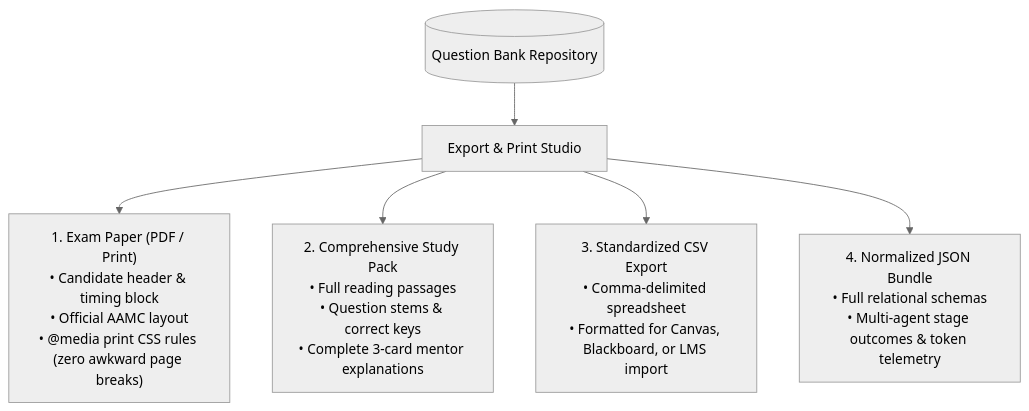
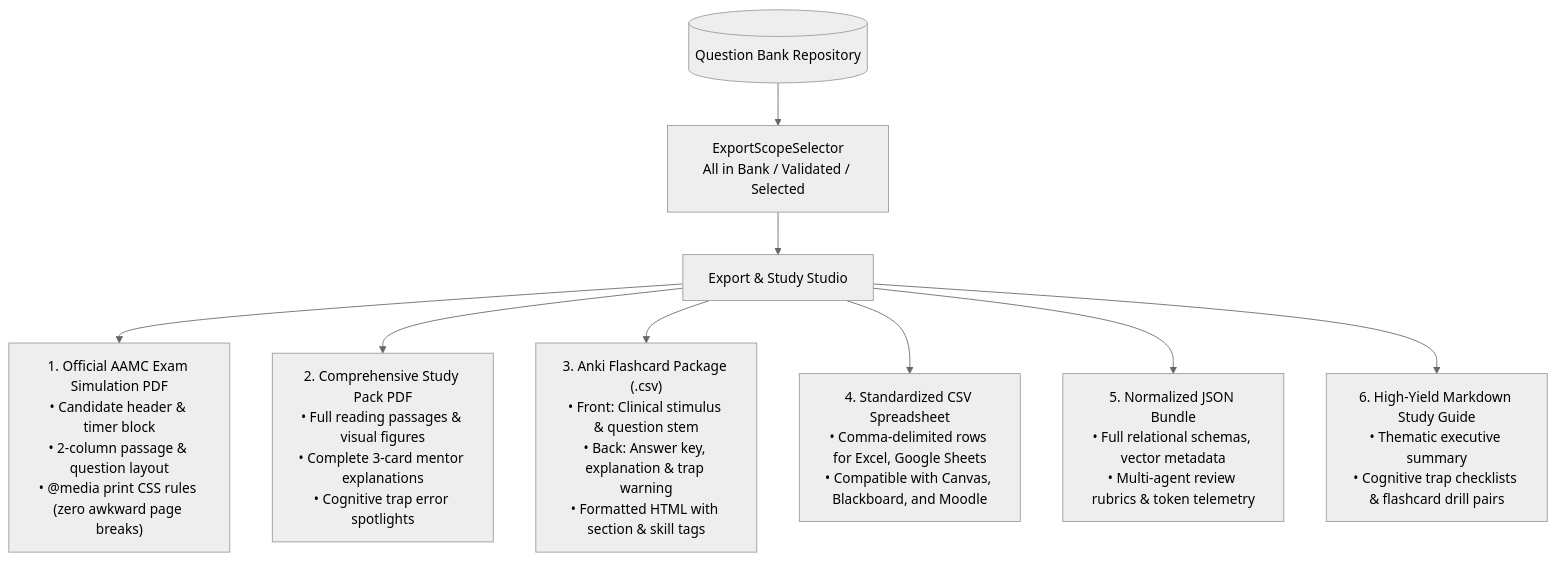
Before and after one commit to VishwamPatel-Infynno/Question-Bank-Generator: the sixth of 6 diagrams in docs/CLIENT_SYSTEM_AND_WORKFLOW_GUIDE.md, drawn with Mermaid (neutral theme). The commit also changed other lines of this file and 23 other files, not shown here.

````diff
--- a/docs/CLIENT_SYSTEM_AND_WORKFLOW_GUIDE.md
+++ b/docs/CLIENT_SYSTEM_AND_WORKFLOW_GUIDE.md
@@ -351,8 +395,11 @@
 ```mermaid
 graph TD
-    Repo[(Question Bank Repository)] --> ExportModal[Export & Print Studio]
-    ExportModal --> F1["1. Exam Paper (PDF / Print)<br/>• Candidate header & timing block<br/>• Official AAMC layout<br/>• @media print CSS rules (zero awkward page breaks)"]
-    ExportModal --> F2["2. Comprehensive Study Pack<br/>• Full reading passages<br/>• Question stems & correct keys<br/>• Complete 3-card mentor explanations"]
-    ExportModal --> F3["3. Standardized CSV Export<br/>• Comma-delimited spreadsheet<br/>• Formatted for Canvas, Blackboard, or LMS import"]
-    ExportModal --> F4["4. Normalized JSON Bundle<br/>• Full relational schemas<br/>• Multi-agent stage outcomes & token telemetry"]
+    Repo[(Question Bank Repository)] --> Scope[ExportScopeSelector<br/>All in Bank / Validated / Selected]
+    Scope --> Studio[Export & Study Studio]
+    Studio --> F1["1. Official AAMC Exam Simulation PDF<br/>• Candidate header & timer block<br/>• 2-column passage & question layout<br/>• @media print CSS rules (zero awkward page breaks)"]
+    Studio --> F2["2. Comprehensive Study Pack PDF<br/>• Full reading passages & visual figures<br/>• Complete 3-card mentor explanations<br/>• Cognitive trap error spotlights"]
+    Studio --> F3["3. Anki Flashcard Package (.csv)<br/>• Front: Clinical stimulus & question stem<br/>• Back: Answer key, explanation & trap warning<br/>• Formatted HTML with section & skill tags"]
+    Studio --> F4["4. Standardized CSV Spreadsheet<br/>• Comma-delimited rows for Excel, Google Sheets<br/>• Compatible with Canvas, Blackboard, and Moodle"]
+    Studio --> F5["5. Normalized JSON Bundle<br/>• Full relational schemas, vector metadata<br/>• Multi-agent review rubrics & token telemetry"]
+    Studio --> F6["6. High-Yield Markdown Study Guide<br/>• Thematic executive summary<br/>• Cognitive trap checklists & flashcard drill pairs"]
 ```
````
